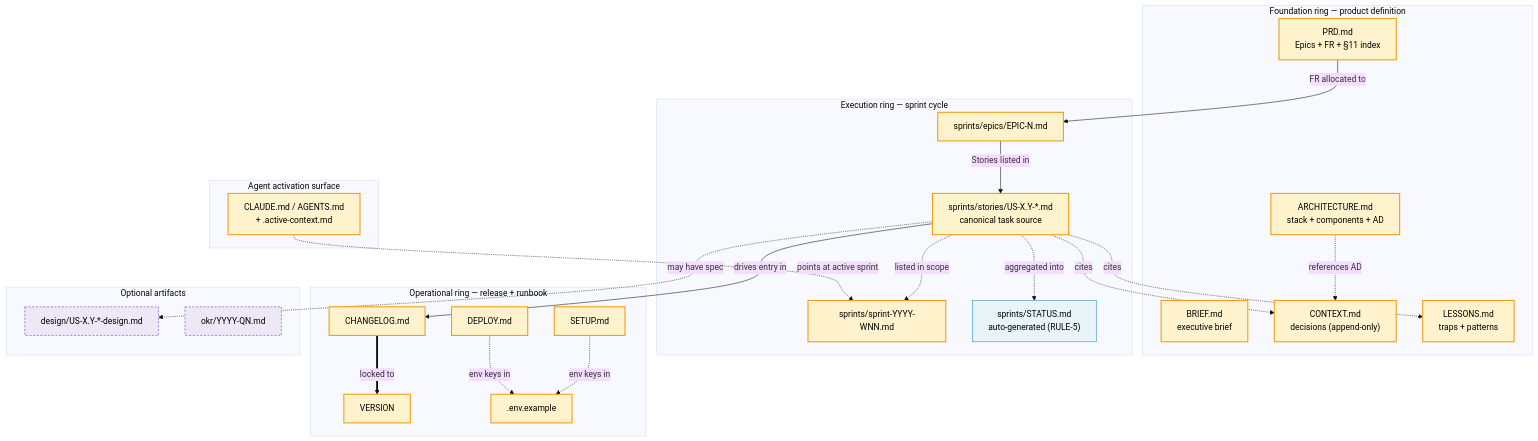
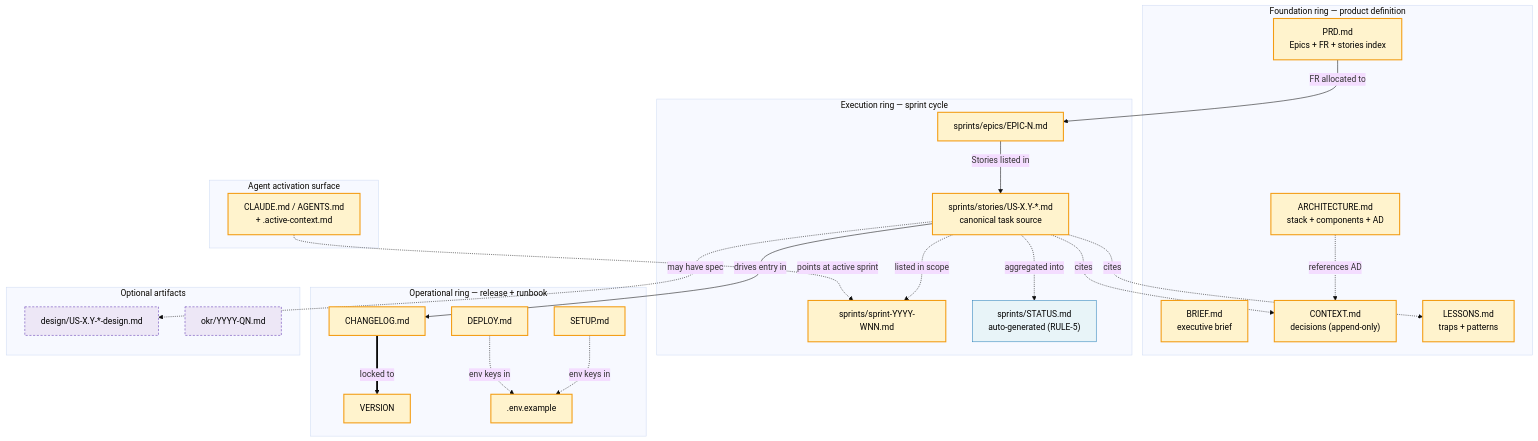
One commit to Koniverse/Koni-Skills changed the first of 2 diagrams in docs/ARCHITECTURE.md. Above: the diagram before and after it, drawn with Mermaid (base theme). The commit also changed other lines of this file and 25 other files, not shown here.

````diff
--- a/docs/ARCHITECTURE.md
+++ b/docs/ARCHITECTURE.md
@@ -157,52 +222,52 @@
 ```mermaid
 graph TD
   classDef sot fill:#fff3cd,stroke:#f39c12,color:#000,stroke-width:2px
   classDef derived fill:#e8f4f8,stroke:#2980b9,color:#000
   classDef optional fill:#ede7f6,stroke:#5e35b1,color:#000,stroke-dasharray:4 3
 
   subgraph FOUNDATION["Foundation ring — product definition"]
     BRIEF["BRIEF.md<br/>executive brief"]:::sot
-    PRD["PRD.md<br/>Epics + FR + §11 index"]:::sot
+    PRD["PRD.md<br/>Epics + FR + stories index"]:::sot
     ARCH["ARCHITECTURE.md<br/>stack + components + AD"]:::sot
     CONTEXT["CONTEXT.md<br/>decisions (append-only)"]:::sot
     LESSONS["LESSONS.md<br/>traps + patterns"]:::sot
   end
 
   subgraph EXEC["Execution ring — sprint cycle"]
     EPICS["sprints/epics/EPIC-N.md"]:::sot
     STORIES["sprints/stories/US-X.Y-*.md<br/>canonical task source"]:::sot
     SPRINT["sprints/sprint-YYYY-WNN.md"]:::sot
     STATUS["sprints/STATUS.md<br/>auto-generated (RULE-5)"]:::derived
   end
 
   subgraph OPS["Operational ring — release + runbook"]
     VERSION["VERSION"]:::sot
     CHANGELOG["CHANGELOG.md"]:::sot
     SETUP["SETUP.md"]:::sot
     DEPLOY["DEPLOY.md"]:::sot
     ENV[".env.example"]:::sot
   end
 
   subgraph SPECIAL["Optional artifacts"]
     DESIGN["design/US-X.Y-*-design.md"]:::optional
     OKR["okr/YYYY-QN.md"]:::optional
   end
 
   subgraph ACTIVATION["Agent activation surface"]
     CLAUDE_MD["CLAUDE.md / AGENTS.md<br/>+ .active-context.md"]:::sot
   end
 
   PRD -->|FR allocated to| EPICS
   EPICS -->|Stories listed in| STORIES
   STORIES -.->|listed in scope| SPRINT
   STORIES -.->|aggregated into| STATUS
   STORIES -->|drives entry in| CHANGELOG
   STORIES -.->|may have spec| DESIGN
   STORIES -.->|cites| CONTEXT
   STORIES -.->|cites| LESSONS
   CHANGELOG ==>|locked to| VERSION
   SETUP -.->|env keys in| ENV
   DEPLOY -.->|env keys in| ENV
   ARCH -.->|references AD| CONTEXT
   CLAUDE_MD -.->|points at active sprint| SPRINT
 ```
````
